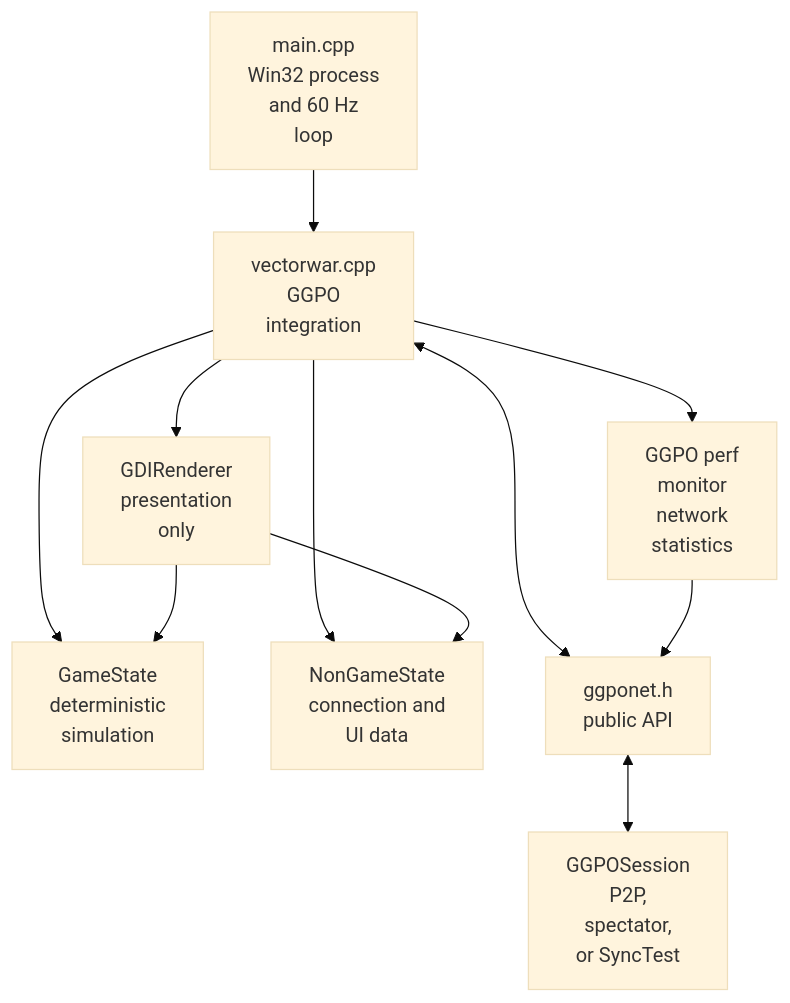
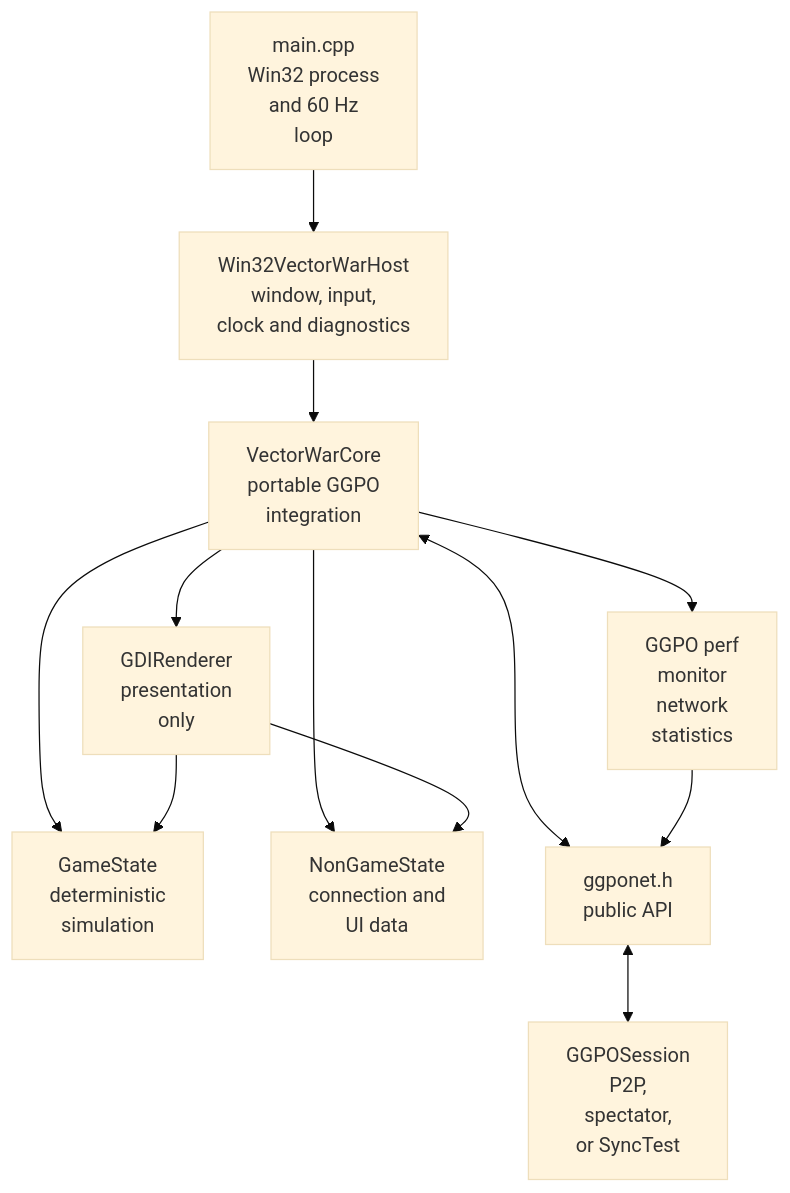
The first of 7 diagrams in doc/architecture/VectorWar.md (irregularthanis/ggpo-next), drawn with Mermaid (base theme) before and after one commit. The commit also changed other lines of this file and 11 other files, not shown here.

Commit message:
refactor: extract portable Vector War core

````diff
--- a/doc/architecture/VectorWar.md
+++ b/doc/architecture/VectorWar.md
@@ -36,22 +37,23 @@
 ```mermaid
 flowchart TD
     Main["main.cpp<br/>Win32 process<br/>and 60 Hz<br/>loop"]
-    Host["vectorwar.cpp<br/>GGPO<br/>integration"]
+    Platform["Win32VectorWarHost<br/>window, input,<br/>clock and diagnostics"]
+    Host["VectorWarCore<br/>portable GGPO<br/>integration"]
     Game["GameState<br/>deterministic<br/>simulation"]
     NonGame["NonGameState<br/>connection and<br/>UI data"]
     Renderer["GDIRenderer<br/>presentation<br/>only"]
     Perf["GGPO perf<br/>monitor<br/>network<br/>statistics"]
     API["ggponet.h<br/>public API"]
     Session["GGPOSession<br/>P2P,<br/>spectator,<br/>or SyncTest"]
 
-    Main --> Host
+    Main --> Platform --> Host
     Host --> Game
     Host --> NonGame
     Host --> Renderer
     Host --> Perf
     Host <--> API
     API <--> Session
     Renderer --> Game
     Renderer --> NonGame
     Perf --> API
 ```
````
